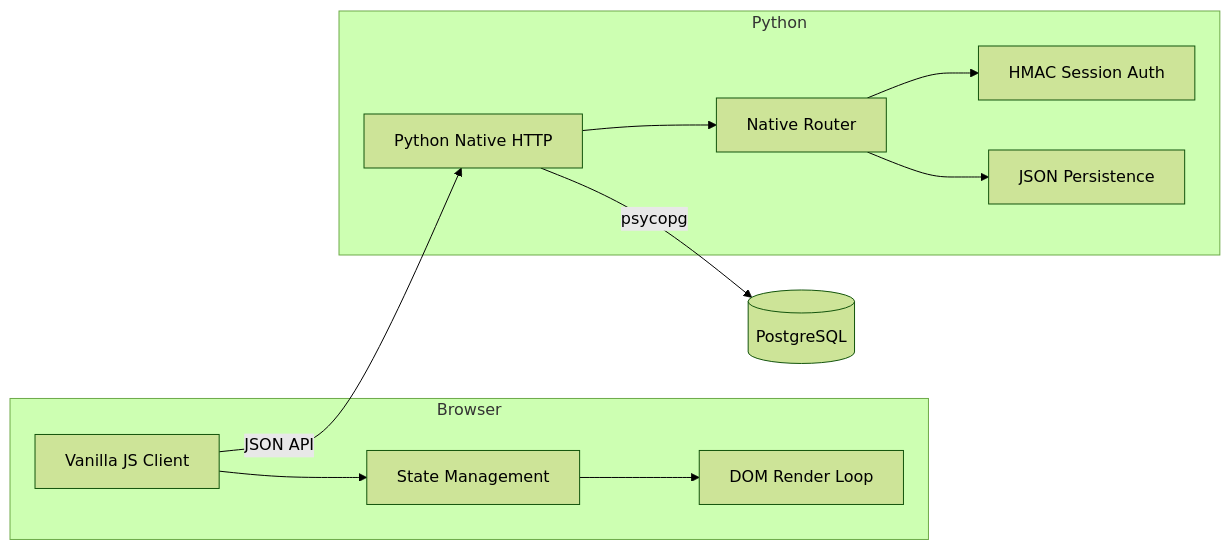
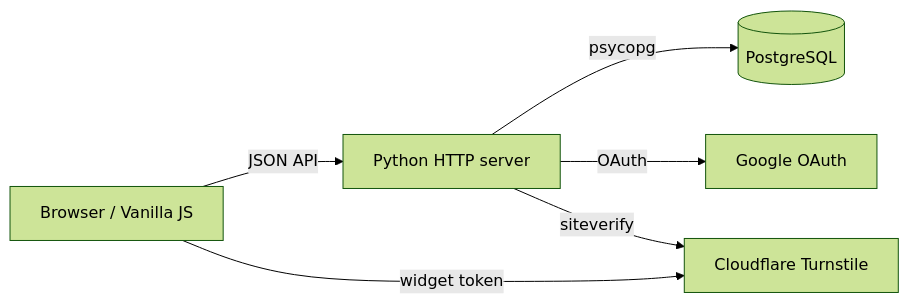
The diagram in README.md (Isnob/shikaka), drawn with Mermaid (forest theme) before and after one commit. The commit also changed other lines of this file, not shown here.

````diff
--- a/README.md
+++ b/README.md
@@ -11,16 +34,8 @@
 ```mermaid
 graph LR
-    Client[Vanilla JS Client] -- JSON API --> Server[Python Native HTTP]
+    Browser[Browser / Vanilla JS] -- JSON API --> Server[Python HTTP server]
     Server -- psycopg --> DB[(PostgreSQL)]
-    
-    subgraph Frontend [Browser]
-    Client --> Logic[State Management]
-    Logic --> DOM[DOM Render Loop]
-    end
-    
-    subgraph Backend [Python]
-    Server --> Router[Native Router]
-    Router --> Auth[HMAC Session Auth]
-    Router --> Storage[JSON Persistence]
-    end
+    Server -- OAuth --> Google[Google OAuth]
+    Browser -- widget token --> Turnstile[Cloudflare Turnstile]
+    Server -- siteverify --> Turnstile
 ```
````
